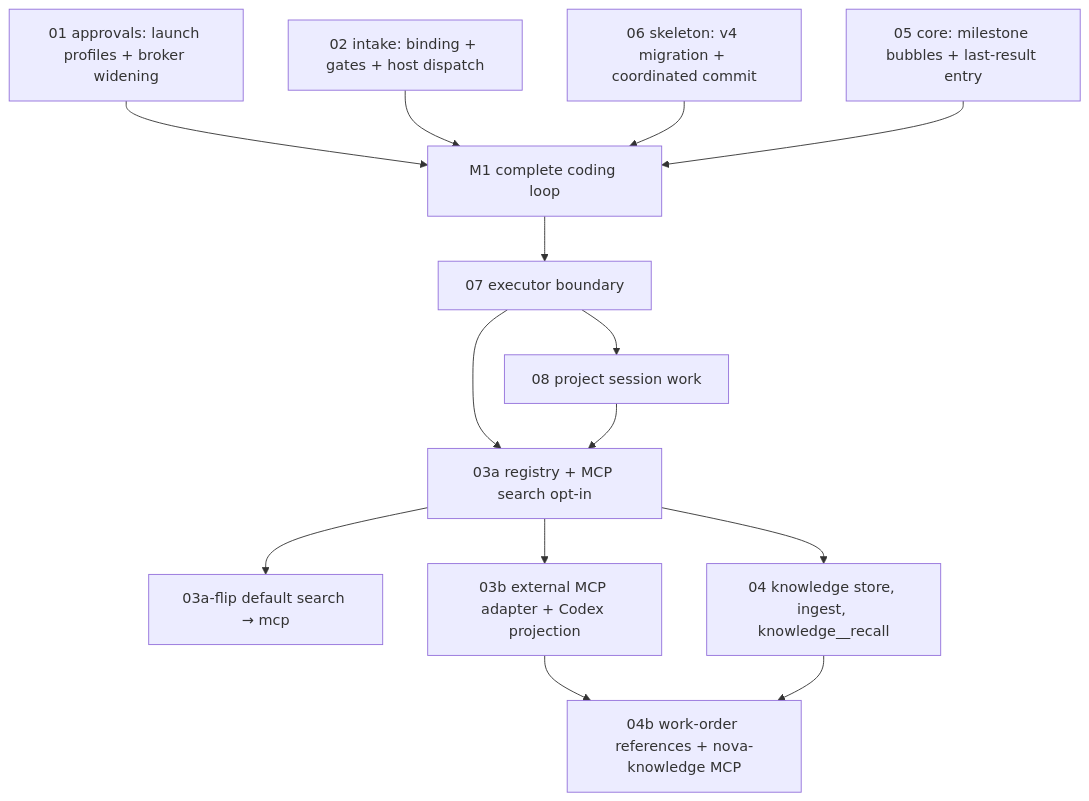
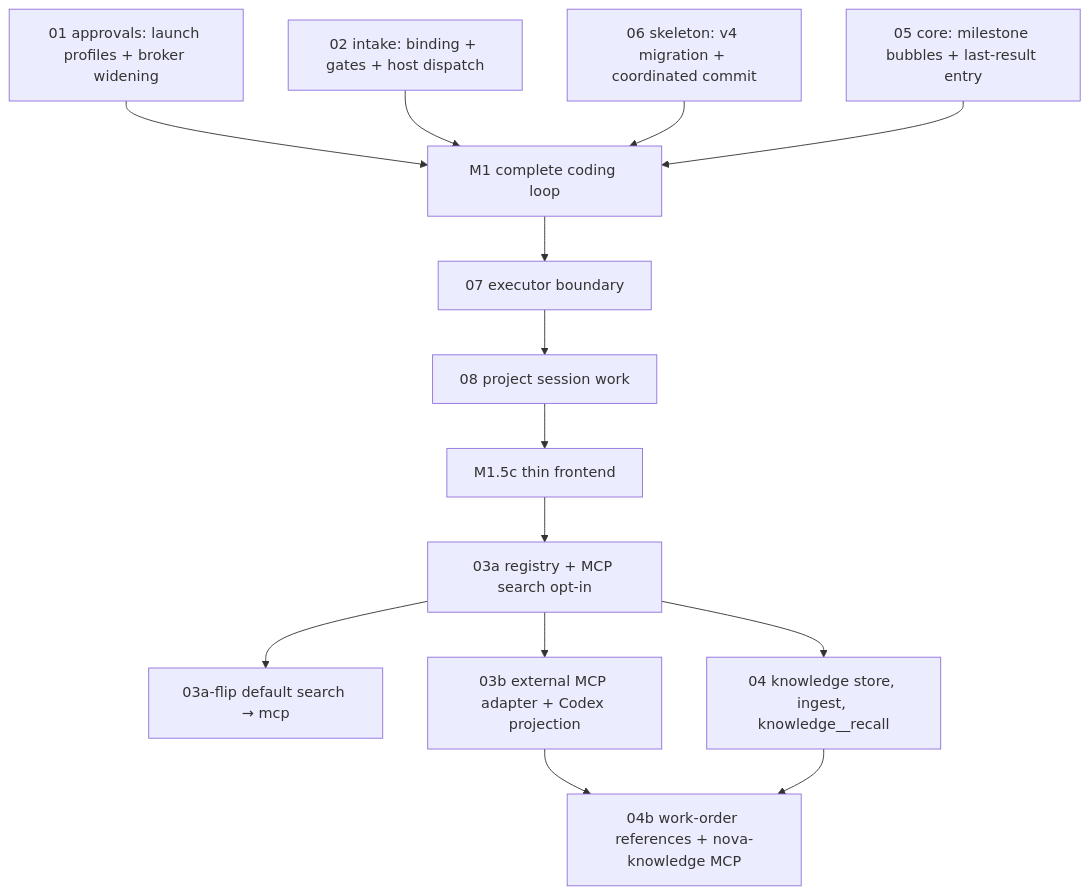
Before and after one commit to deepnovacore/NovaAudioAgent: the diagram in docs/specs/v0.2.0/00-overview.md, drawn with Mermaid. The commit also changed other lines of this file and 3 other files, not shown here.

Commit message:
docs: close thin frontend reviewer gaps

````diff
--- a/docs/specs/v0.2.0/00-overview.md
+++ b/docs/specs/v0.2.0/00-overview.md
@@ -82,16 +82,16 @@
 ```mermaid
 flowchart TD
   A[01 approvals: launch profiles + broker widening] --> M1
   B[02 intake: binding + gates + host dispatch] --> M1
   S[06 skeleton: v4 migration + coordinated commit] --> M1
   E0[05 core: milestone bubbles + last-result entry] --> M1
   M1[M1 complete coding loop] --> X1[07 executor boundary]
   X1 --> X2[08 project session work]
-  X1 --> C1[03a registry + MCP search opt-in]
-  X2 --> C1
+  X2 --> T1[M1.5c thin frontend]
+  T1 --> C1[03a registry + MCP search opt-in]
   C1 --> C1f[03a-flip default search → mcp]
   C1 --> C2[03b external MCP adapter + Codex projection]
   C2 --> D2[04b work-order references + nova-knowledge MCP]
   D[04 knowledge store, ingest, knowledge__recall] --> D2
   C1 --> D
 ```
````
